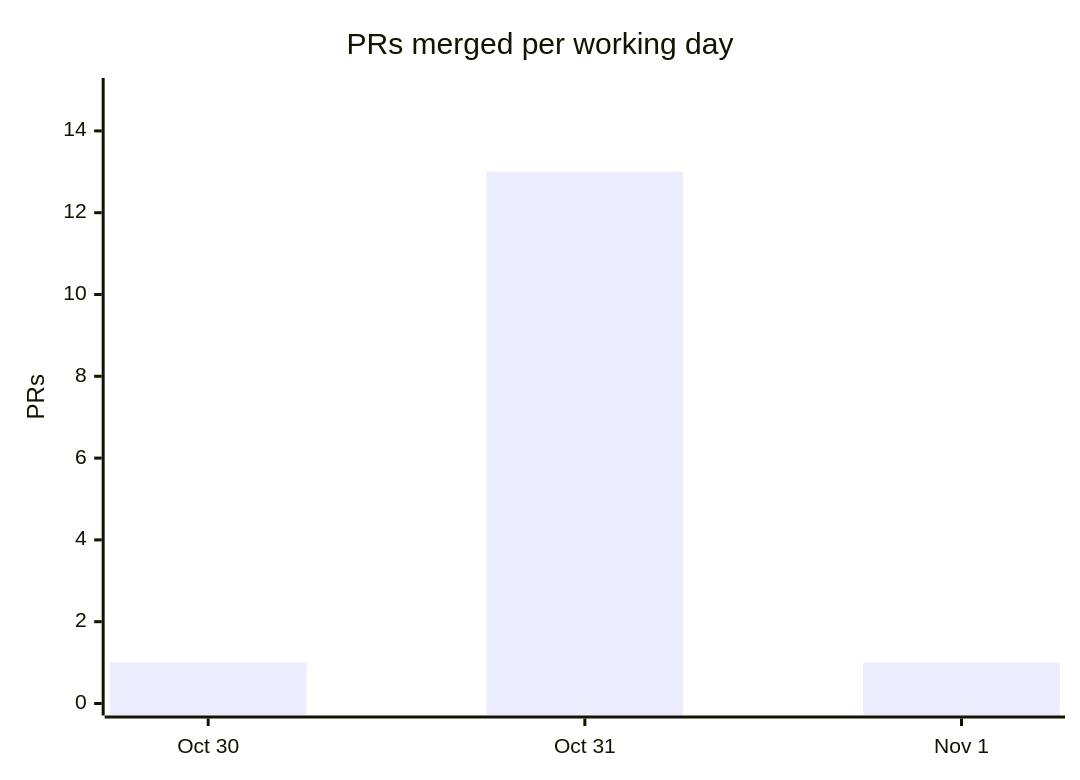
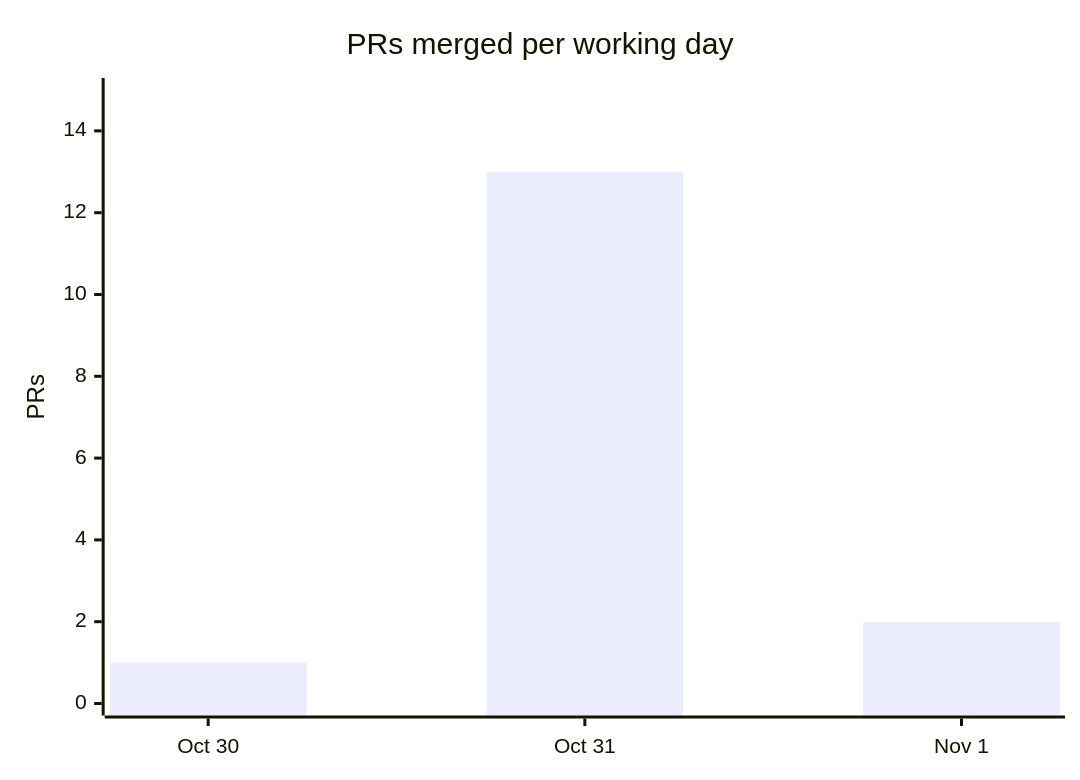
Before and after one commit to cmprssd/nfsh: the fourth of 4 diagrams in docs/OVERVIEW.md, drawn with Mermaid. The commit also changed other lines of this file and 10 other files, not shown here.

````diff
--- a/docs/OVERVIEW.md
+++ b/docs/OVERVIEW.md
@@ -139,7 +139,7 @@
 ```mermaid
 xychart-beta
     title "PRs merged per working day"
     x-axis ["Oct 30", "Oct 31", "Nov 1"]
     y-axis "PRs" 0 --> 15
-    bar [1, 13, 1]
+    bar [1, 13, 2]
 ```
````
